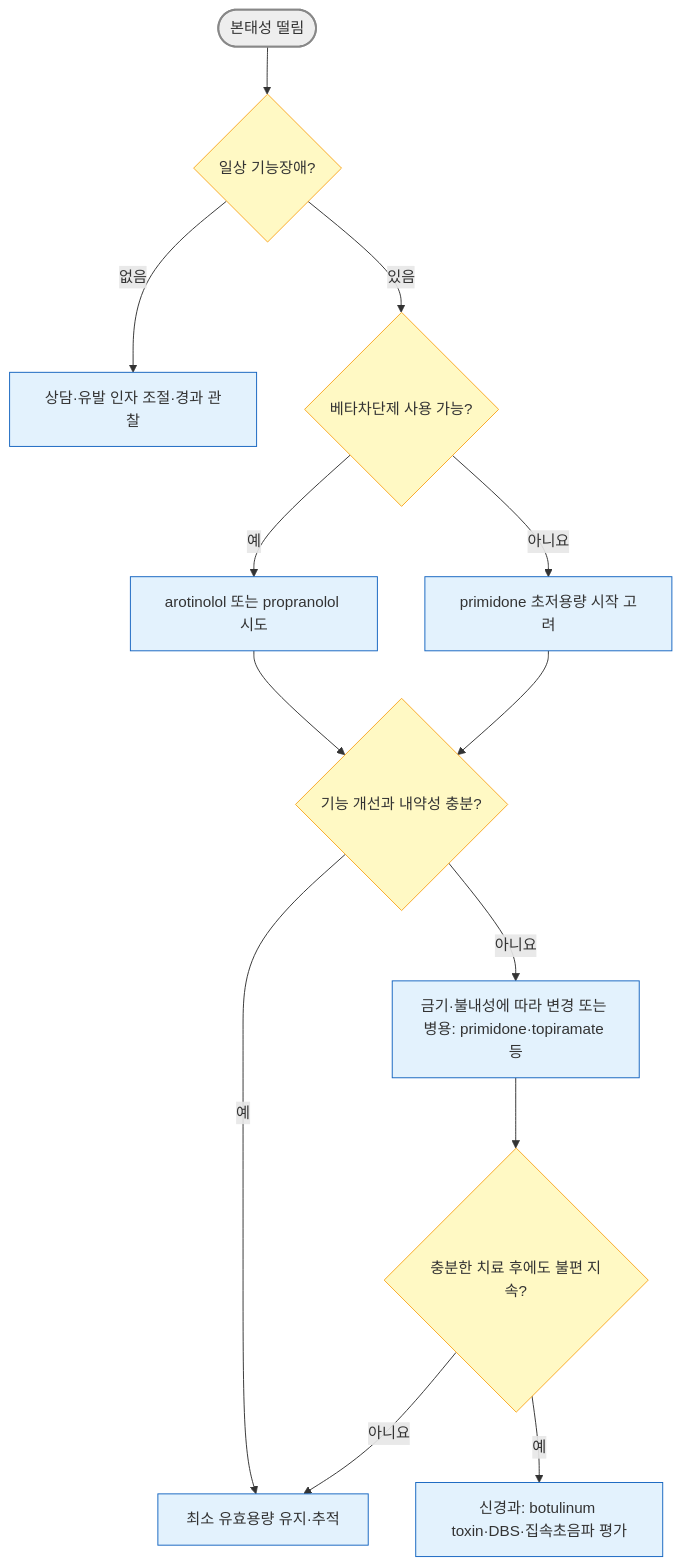
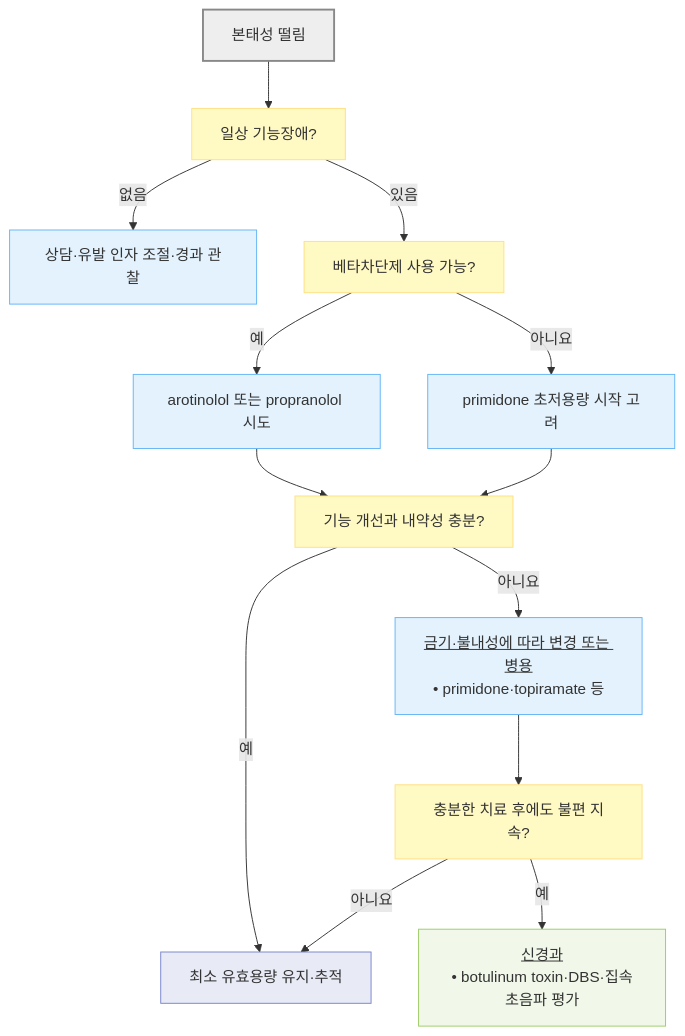
The second of 2 diagrams in 221_/034_-tremor.md (familyoh77/familyoh77), drawn with Mermaid before and after one commit. The commit also changed other lines of this file and 17 other files, not shown here.

````diff
--- a/221_/034_-tremor.md
+++ b/221_/034_-tremor.md
@@ -263,20 +267,26 @@
 ```mermaid
 flowchart TD
-    A(["본태성 떨림"]) --> B{"일상 기능장애?"}
+    A["본태성 떨림"] --> B["일상 기능장애?"]
     B -- "없음" --> C["상담·유발 인자 조절·경과 관찰"]
-    B -- "있음" --> D{"베타차단제 사용 가능?"}
+    B -- "있음" --> D["베타차단제 사용 가능?"]
     D -- "예" --> E["arotinolol 또는 propranolol 시도"]
     D -- "아니요" --> F["primidone 초저용량 시작 고려"]
-    E --> G{"기능 개선과 내약성 충분?"}
+    E --> G["기능 개선과 내약성 충분?"]
     F --> G
     G -- "예" --> H["최소 유효용량 유지·추적"]
-    G -- "아니요" --> I["금기·불내성에 따라 변경 또는 병용: primidone·topiramate 등"]
-    I --> J{"충분한 치료 후에도 불편 지속?"}
+    G -- "아니요" --> I["<u>금기·불내성에 따라 변경 또는 병용</u><br/>• primidone·topiramate 등"]
+    I --> J["충분한 치료 후에도 불편 지속?"]
     J -- "아니요" --> H
-    J -- "예" --> K["신경과: botulinum toxin·DBS·집속초음파 평가"]
-    style A fill:#eee,stroke:#888,stroke-width:2px
-    classDef decision fill:#fff9c4,stroke:#f9a825
-    classDef action fill:#e3f2fd,stroke:#1565c0
-    class B,D,G,J decision
-    class C,E,F,H,I,K action
+    J -- "예" --> K["<u>신경과</u><br/>• botulinum toxin·DBS·집속초음파 평가"]
+
+    classDef start fill:#eeeeee,stroke:#888888,stroke-width:2px
+    classDef question fill:#fff9c4,stroke:#ffe082
+    classDef evaluation fill:#f1f8e9,stroke:#9ccc65
+    classDef treatment fill:#e3f2fd,stroke:#64b5f6
+    classDef followup fill:#e8eaf6,stroke:#7986cb
+    class A start
+    class B,D,G,J question
+    class K evaluation
+    class C,E,F,I treatment
+    class H followup
 ```
````
